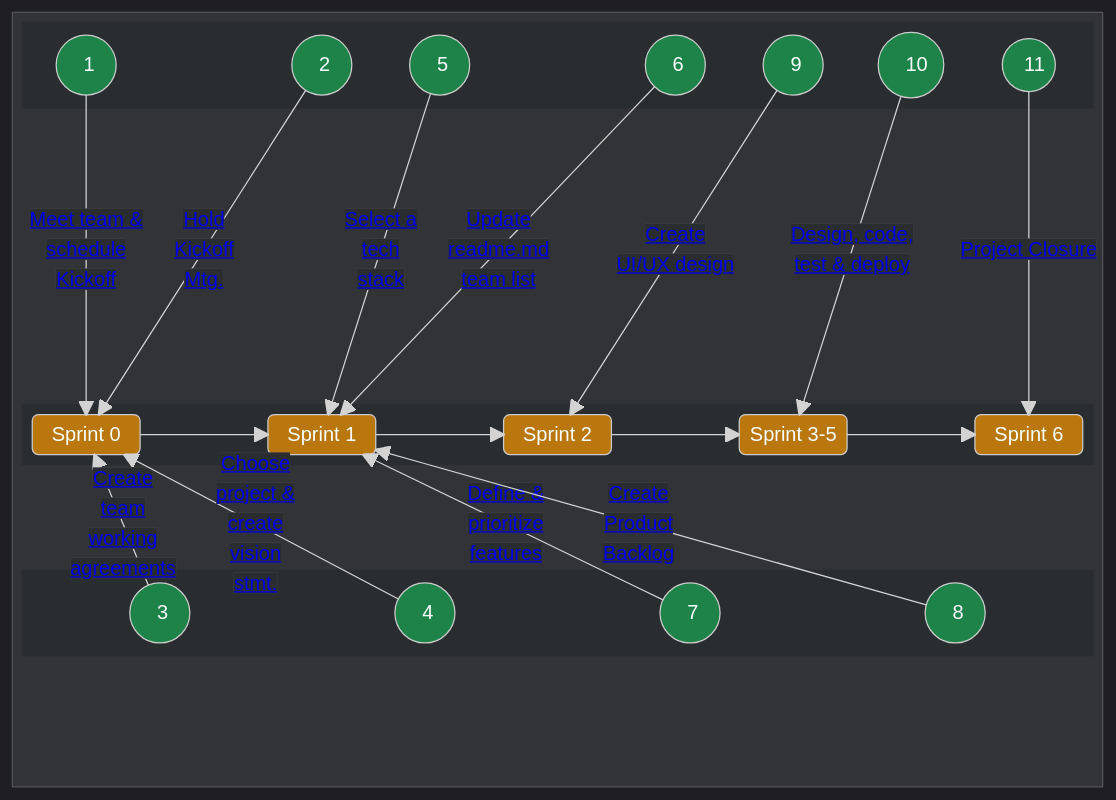
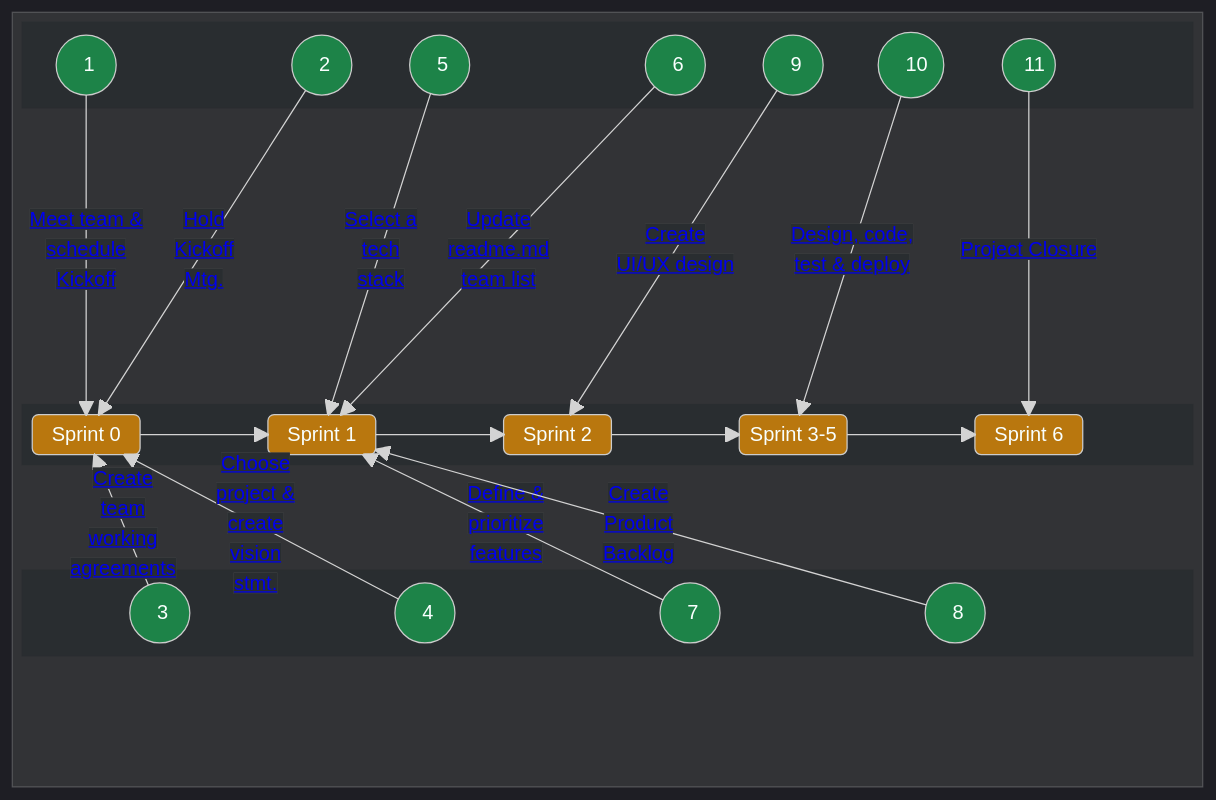
The first of 2 diagrams in docs/guides/voyage/voyage.md (chingu-voyages/Handbook), drawn with Mermaid before and after one commit.

Commit message:
Feature: Update sprint diagram task ordering

```diff
--- a/docs/guides/voyage/voyage.md
+++ b/docs/guides/voyage/voyage.md
@@ -67,7 +67,7 @@
   block-beta
     columns 11
 
-    block:B0:1
+    block:B0:11
       columns 1
       block:B0TOP
         columns 11
```
